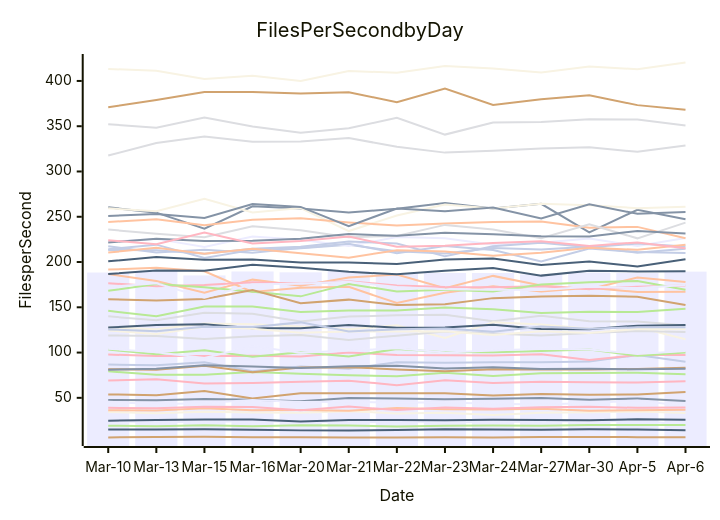
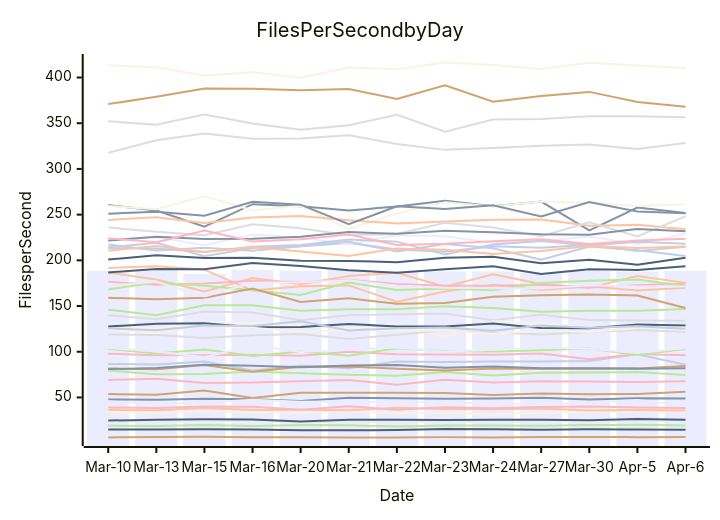
Before and after one commit to streetsidesoftware/cspell: the diagram in perf-report.md, drawn with Mermaid. The commit also changed other lines of this file and 2 other files, not shown here.

````diff
--- a/perf-report.md
+++ b/perf-report.md
@@ -11,57 +11,57 @@
 ```mermaid
 xychart-beta
     title Files Per Second by Day
     y-axis Files per Second
     x-axis Date [Mar-10, Mar-13, Mar-15, Mar-16, Mar-20, Mar-21, Mar-22, Mar-23, Mar-24, Mar-27, Mar-30, Apr-5, Apr-6]
-    bar [188.38, 189.98, 185.21, 189.57, 188.63, 189.87, 187.45, 187.93, 187.93, 186.35, 188.30, 187.81, 189.42]
-    line [47.70, 47.47, 48.64, 47.90, 46.22, 49.72, 49.15, 48.47, 48.92, 49.74, 47.82, 49.22, 46.56]
-    line [186.65, 179.06, 166.05, 180.55, 173.75, 182.92, 186.30, 171.18, 184.68, 174.16, 169.88, 182.89, 178.00]
-    line [140.01, 135.63, 143.93, 142.95, 134.36, 139.82, 141.15, 141.79, 134.53, 140.55, 134.62, 134.19, 130.02]
-    line [146.06, 140.05, 150.95, 150.81, 144.94, 146.39, 146.52, 149.65, 147.78, 143.68, 144.97, 144.90, 148.36]
-    line [53.77, 52.96, 57.64, 49.40, 55.01, 55.07, 55.14, 54.97, 52.69, 54.36, 53.37, 53.82, 56.41]
-    line [86.73, 86.09, 89.20, 79.46, 84.64, 82.02, 89.37, 88.80, 89.20, 89.35, 90.00, 97.23, 89.77]
-    line [69.18, 70.51, 65.83, 66.30, 67.73, 68.98, 63.91, 69.35, 66.34, 67.66, 67.35, 66.87, 68.20]
-    line [14.93, 14.92, 15.23, 14.84, 14.06, 13.99, 14.45, 15.39, 15.15, 14.76, 15.30, 14.95, 14.14]
-    line [127.81, 125.76, 132.01, 131.14, 128.67, 125.67, 130.11, 116.06, 133.46, 130.91, 126.44, 128.14, 114.73]
-    line [24.56, 23.16, 23.57, 24.07, 23.83, 22.72, 24.07, 23.01, 23.19, 23.80, 24.02, 24.56, 20.22]
-    line [260.43, 254.55, 236.73, 261.47, 259.22, 254.59, 258.80, 265.17, 259.19, 264.34, 232.73, 257.73, 247.35]
-    line [191.68, 193.62, 189.84, 166.89, 171.60, 172.56, 154.71, 166.00, 173.35, 167.42, 171.49, 166.95, 167.26]
-    line [352.21, 348.39, 359.59, 349.81, 342.75, 347.71, 359.34, 340.76, 354.09, 354.69, 357.70, 357.50, 350.90]
-    line [79.36, 75.39, 75.58, 78.40, 76.58, 74.92, 73.83, 77.77, 74.02, 77.10, 77.41, 77.73, 76.13]
-    line [81.66, 80.93, 85.41, 78.19, 83.51, 83.81, 81.43, 79.47, 81.70, 81.36, 81.35, 81.81, 83.12]
-    line [214.22, 219.20, 204.44, 213.42, 215.32, 218.95, 211.96, 209.30, 215.41, 213.73, 216.98, 210.20, 214.79]
-    line [176.56, 173.19, 174.63, 177.66, 175.92, 178.79, 174.01, 172.30, 172.16, 173.35, 170.18, 172.81, 173.96]
-    line [186.81, 190.52, 190.26, 197.02, 193.75, 189.15, 186.42, 190.28, 193.49, 184.99, 190.27, 189.55, 189.82]
-    line [259.39, 256.02, 269.97, 254.79, 259.65, 234.19, 251.38, 263.45, 259.03, 264.42, 262.82, 259.51, 261.17]
-    line [222.38, 225.56, 216.60, 228.18, 224.68, 217.69, 227.52, 226.28, 219.14, 221.19, 226.02, 217.73, 226.62]
-    line [81.02, 82.11, 85.90, 84.63, 82.99, 84.87, 85.57, 82.40, 83.84, 81.84, 82.00, 81.46, 82.00]
-    line [244.22, 247.23, 240.74, 246.80, 248.37, 243.77, 240.29, 242.61, 244.28, 244.79, 237.77, 238.81, 226.34]
-    line [235.85, 231.18, 227.46, 239.47, 235.22, 227.41, 228.79, 241.01, 235.98, 226.38, 241.62, 226.17, 243.52]
-    line [168.17, 175.84, 172.23, 167.20, 162.09, 175.73, 167.53, 169.26, 167.37, 175.14, 177.59, 179.11, 169.38]
-    line [6.32, 6.79, 7.12, 6.59, 6.35, 6.19, 6.26, 6.60, 6.25, 6.74, 6.77, 6.57, 6.56]
-    line [217.40, 210.64, 213.63, 210.38, 215.44, 220.20, 209.66, 217.73, 213.19, 200.65, 215.04, 210.95, 210.10]
-    line [97.82, 96.22, 96.21, 96.60, 95.61, 100.00, 97.34, 96.90, 96.73, 98.18, 91.72, 97.44, 97.40]
-    line [127.60, 130.54, 131.20, 126.76, 126.98, 130.36, 127.52, 127.75, 130.81, 125.94, 125.76, 129.75, 130.55]
-    line [34.36, 33.03, 34.53, 33.80, 33.49, 35.23, 32.80, 33.41, 31.17, 33.44, 33.97, 34.80, 33.34]
-    line [45.79, 43.00, 44.30, 47.55, 45.42, 45.55, 44.76, 44.94, 43.55, 42.67, 44.21, 47.13, 40.90]
-    line [221.56, 225.82, 223.33, 223.62, 225.78, 230.86, 229.00, 232.44, 230.81, 228.49, 228.09, 234.26, 231.61]
-    line [36.38, 35.91, 38.37, 36.25, 36.61, 35.87, 38.67, 37.37, 36.99, 37.97, 35.69, 36.40, 36.82]
-    line [118.95, 118.40, 114.99, 118.14, 119.47, 113.95, 118.70, 123.16, 121.00, 118.77, 121.60, 123.74, 122.84]
-    line [103.33, 98.05, 102.55, 95.32, 100.34, 95.68, 103.94, 100.49, 100.37, 101.61, 103.43, 96.40, 100.03]
-    line [159.01, 157.48, 159.10, 169.05, 154.54, 158.47, 152.54, 153.40, 160.13, 161.83, 162.72, 161.59, 152.44]
-    line [213.30, 213.00, 209.05, 214.75, 216.78, 222.67, 220.47, 206.28, 217.42, 221.24, 216.32, 220.41, 217.21]
-    line [38.99, 38.46, 40.13, 39.77, 36.42, 40.38, 36.50, 39.38, 38.08, 39.48, 40.18, 38.93, 39.34]
-    line [24.74, 25.60, 26.18, 25.98, 23.83, 25.61, 25.64, 25.22, 25.67, 25.63, 25.15, 26.46, 25.72]
-    line [124.38, 120.45, 128.40, 126.26, 121.85, 123.29, 123.31, 123.57, 119.37, 123.63, 121.70, 126.05, 125.68]
-    line [104.19, 100.36, 94.07, 106.95, 99.82, 102.15, 104.63, 100.11, 102.26, 104.28, 103.40, 98.55, 101.71]
-    line [250.97, 253.10, 248.68, 263.99, 260.91, 239.46, 259.16, 256.10, 260.18, 248.06, 263.68, 253.34, 255.23]
-    line [210.46, 215.67, 209.05, 214.60, 209.59, 204.82, 212.94, 211.50, 207.03, 210.21, 215.65, 213.52, 219.08]
-    line [317.67, 331.44, 338.69, 332.97, 333.24, 336.87, 327.34, 320.84, 322.94, 325.27, 326.73, 321.72, 328.79]
-    line [19.22, 18.67, 19.78, 18.71, 19.79, 19.47, 18.35, 19.30, 19.37, 19.08, 19.88, 20.02, 19.94]
-    line [370.91, 378.91, 387.90, 387.80, 386.06, 387.41, 376.59, 391.51, 373.44, 379.72, 384.27, 373.30, 368.18]
-    line [125.61, 123.50, 128.64, 128.22, 133.34, 123.28, 125.66, 126.65, 122.93, 128.82, 126.34, 127.91, 128.03]
-    line [224.11, 219.75, 232.68, 220.52, 223.12, 228.15, 216.79, 218.07, 220.91, 223.03, 217.84, 221.62, 215.18]
-    line [200.86, 205.50, 202.63, 202.69, 199.56, 199.40, 197.96, 202.91, 203.92, 196.82, 200.56, 195.13, 203.12]
-    line [413.29, 411.20, 402.18, 405.65, 399.88, 410.92, 409.10, 416.42, 413.72, 409.38, 416.05, 413.02, 420.38]
-    line [172.27, 176.52, 160.55, 175.49, 175.91, 178.24, 172.29, 170.07, 169.37, 169.09, 172.70, 171.27, 174.58]
+    bar [188.38, 189.98, 185.21, 189.57, 188.63, 189.87, 187.45, 187.93, 187.93, 186.35, 188.30, 187.81, 188.42]
+    line [47.70, 47.47, 48.64, 47.90, 46.22, 49.72, 49.15, 48.47, 48.92, 49.74, 47.82, 49.22, 48.87]
+    line [186.65, 179.06, 166.05, 180.55, 173.75, 182.92, 186.30, 171.18, 184.68, 174.16, 169.88, 182.89, 175.34]
+    line [140.01, 135.63, 143.93, 142.95, 134.36, 139.82, 141.15, 141.79, 134.53, 140.55, 134.62, 134.19, 133.87]
+    line [146.06, 140.05, 150.95, 150.81, 144.94, 146.39, 146.52, 149.65, 147.78, 143.68, 144.97, 144.90, 146.68]
+    line [53.77, 52.96, 57.64, 49.40, 55.01, 55.07, 55.14, 54.97, 52.69, 54.36, 53.37, 53.82, 56.32]
+    line [86.73, 86.09, 89.20, 79.46, 84.64, 82.02, 89.37, 88.80, 89.20, 89.35, 90.00, 97.23, 85.82]
+    line [69.18, 70.51, 65.83, 66.30, 67.73, 68.98, 63.91, 69.35, 66.34, 67.66, 67.35, 66.87, 67.74]
+    line [14.93, 14.92, 15.23, 14.84, 14.06, 13.99, 14.45, 15.39, 15.15, 14.76, 15.30, 14.95, 14.57]
+    line [127.81, 125.76, 132.01, 131.14, 128.67, 125.67, 130.11, 116.06, 133.46, 130.91, 126.44, 128.14, 123.76]
+    line [24.56, 23.16, 23.57, 24.07, 23.83, 22.72, 24.07, 23.01, 23.19, 23.80, 24.02, 24.56, 23.07]
+    line [260.43, 254.55, 236.73, 261.47, 259.22, 254.59, 258.80, 265.17, 259.19, 264.34, 232.73, 257.73, 251.87]
+    line [191.68, 193.62, 189.84, 166.89, 171.60, 172.56, 154.71, 166.00, 173.35, 167.42, 171.49, 166.95, 170.01]
+    line [352.21, 348.39, 359.59, 349.81, 342.75, 347.71, 359.34, 340.76, 354.09, 354.69, 357.70, 357.50, 356.42]
+    line [79.36, 75.39, 75.58, 78.40, 76.58, 74.92, 73.83, 77.77, 74.02, 77.10, 77.41, 77.73, 74.56]
+    line [81.66, 80.93, 85.41, 78.19, 83.51, 83.81, 81.43, 79.47, 81.70, 81.36, 81.35, 81.81, 84.38]
+    line [214.22, 219.20, 204.44, 213.42, 215.32, 218.95, 211.96, 209.30, 215.41, 213.73, 216.98, 210.20, 214.91]
+    line [176.56, 173.19, 174.63, 177.66, 175.92, 178.79, 174.01, 172.30, 172.16, 173.35, 170.18, 172.81, 174.46]
+    line [186.81, 190.52, 190.26, 197.02, 193.75, 189.15, 186.42, 190.28, 193.49, 184.99, 190.27, 189.55, 193.41]
+    line [259.39, 256.02, 269.97, 254.79, 259.65, 234.19, 251.38, 263.45, 259.03, 264.42, 262.82, 259.51, 261.27]
+    line [222.38, 225.56, 216.60, 228.18, 224.68, 217.69, 227.52, 226.28, 219.14, 221.19, 226.02, 217.73, 228.96]
+    line [81.02, 82.11, 85.90, 84.63, 82.99, 84.87, 85.57, 82.40, 83.84, 81.84, 82.00, 81.46, 81.94]
+    line [244.22, 247.23, 240.74, 246.80, 248.37, 243.77, 240.29, 242.61, 244.28, 244.79, 237.77, 238.81, 234.08]
+    line [235.85, 231.18, 227.46, 239.47, 235.22, 227.41, 228.79, 241.01, 235.98, 226.38, 241.62, 226.17, 248.01]
+    line [168.17, 175.84, 172.23, 167.20, 162.09, 175.73, 167.53, 169.26, 167.37, 175.14, 177.59, 179.11, 171.90]
+    line [6.32, 6.79, 7.12, 6.59, 6.35, 6.19, 6.26, 6.60, 6.25, 6.74, 6.77, 6.57, 6.61]
+    line [217.40, 210.64, 213.63, 210.38, 215.44, 220.20, 209.66, 217.73, 213.19, 200.65, 215.04, 210.95, 204.79]
+    line [97.82, 96.22, 96.21, 96.60, 95.61, 100.00, 97.34, 96.90, 96.73, 98.18, 91.72, 97.44, 96.14]
+    line [127.60, 130.54, 131.20, 126.76, 126.98, 130.36, 127.52, 127.75, 130.81, 125.94, 125.76, 129.75, 128.69]
+    line [34.36, 33.03, 34.53, 33.80, 33.49, 35.23, 32.80, 33.41, 31.17, 33.44, 33.97, 34.80, 34.26]
+    line [45.79, 43.00, 44.30, 47.55, 45.42, 45.55, 44.76, 44.94, 43.55, 42.67, 44.21, 47.13, 41.53]
+    line [221.56, 225.82, 223.33, 223.62, 225.78, 230.86, 229.00, 232.44, 230.81, 228.49, 228.09, 234.26, 231.70]
+    line [36.38, 35.91, 38.37, 36.25, 36.61, 35.87, 38.67, 37.37, 36.99, 37.97, 35.69, 36.40, 35.82]
+    line [118.95, 118.40, 114.99, 118.14, 119.47, 113.95, 118.70, 123.16, 121.00, 118.77, 121.60, 123.74, 121.73]
+    line [103.33, 98.05, 102.55, 95.32, 100.34, 95.68, 103.94, 100.49, 100.37, 101.61, 103.43, 96.40, 102.92]
+    line [159.01, 157.48, 159.10, 169.05, 154.54, 158.47, 152.54, 153.40, 160.13, 161.83, 162.72, 161.59, 147.84]
+    line [213.30, 213.00, 209.05, 214.75, 216.78, 222.67, 220.47, 206.28, 217.42, 221.24, 216.32, 220.41, 218.02]
+    line [38.99, 38.46, 40.13, 39.77, 36.42, 40.38, 36.50, 39.38, 38.08, 39.48, 40.18, 38.93, 38.36]
+    line [24.74, 25.60, 26.18, 25.98, 23.83, 25.61, 25.64, 25.22, 25.67, 25.63, 25.15, 26.46, 25.57]
+    line [124.38, 120.45, 128.40, 126.26, 121.85, 123.29, 123.31, 123.57, 119.37, 123.63, 121.70, 126.05, 126.20]
+    line [104.19, 100.36, 94.07, 106.95, 99.82, 102.15, 104.63, 100.11, 102.26, 104.28, 103.40, 98.55, 104.22]
+    line [250.97, 253.10, 248.68, 263.99, 260.91, 239.46, 259.16, 256.10, 260.18, 248.06, 263.68, 253.34, 251.40]
+    line [210.46, 215.67, 209.05, 214.60, 209.59, 204.82, 212.94, 211.50, 207.03, 210.21, 215.65, 213.52, 215.27]
+    line [317.67, 331.44, 338.69, 332.97, 333.24, 336.87, 327.34, 320.84, 322.94, 325.27, 326.73, 321.72, 328.23]
+    line [19.22, 18.67, 19.78, 18.71, 19.79, 19.47, 18.35, 19.30, 19.37, 19.08, 19.88, 20.02, 19.41]
+    line [370.91, 378.91, 387.90, 387.80, 386.06, 387.41, 376.59, 391.51, 373.44, 379.72, 384.27, 373.30, 367.91]
+    line [125.61, 123.50, 128.64, 128.22, 133.34, 123.28, 125.66, 126.65, 122.93, 128.82, 126.34, 127.91, 125.16]
+    line [224.11, 219.75, 232.68, 220.52, 223.12, 228.15, 216.79, 218.07, 220.91, 223.03, 217.84, 221.62, 223.63]
+    line [200.86, 205.50, 202.63, 202.69, 199.56, 199.40, 197.96, 202.91, 203.92, 196.82, 200.56, 195.13, 202.74]
+    line [413.29, 411.20, 402.18, 405.65, 399.88, 410.92, 409.10, 416.42, 413.72, 409.38, 416.05, 413.02, 410.36]
+    line [172.27, 176.52, 160.55, 175.49, 175.91, 178.24, 172.29, 170.07, 169.37, 169.09, 172.70, 171.27, 171.33]
 ```
````
